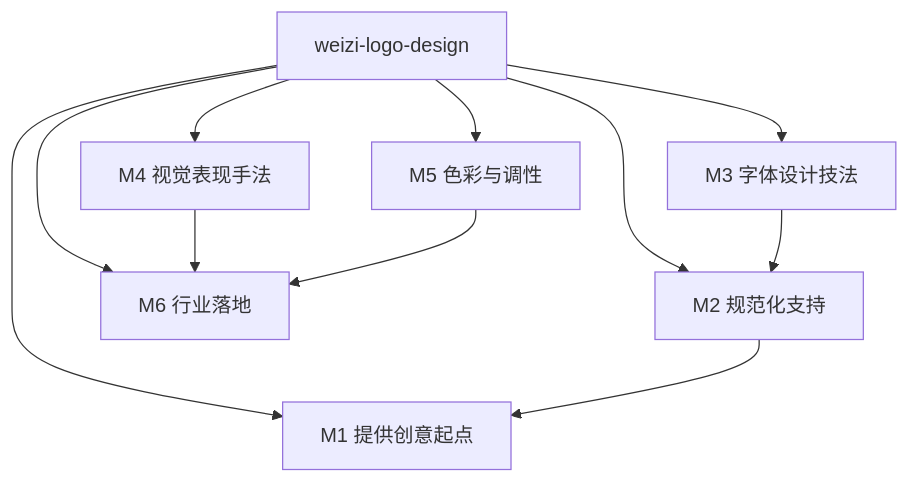
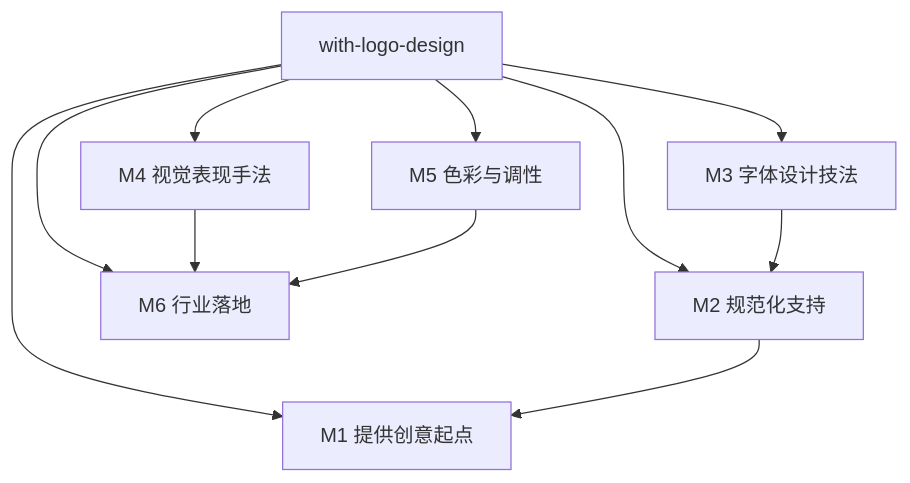
One commit to ZhangJing-gugugaga/with-logo-design changed the diagram in docs/INDEX.md. Above: the diagram before and after it, drawn with Mermaid. The commit also changed other lines of this file and 11 other files, not shown here.

First line of the commit message:
refactor: 统一仓库与 skill 名为 with-logo-design，去除'提炼流程'表述歧义

````diff
--- a/docs/INDEX.md
+++ b/docs/INDEX.md
@@ -13,14 +13,14 @@
 ```mermaid
 graph TD
-    W[weizi-logo-design]
+    W[with-logo-design]
     W --> M1[M1 创意构建思维]
     W --> M2[M2 图形构造手法]
     W --> M3[M3 字体设计技法]
     W --> M4[M4 视觉表现手法]
     W --> M5[M5 色彩与调性]
     W --> M6[M6 商业落地]
     M2 --> M1[M1 提供创意起点]
     M3 --> M2[M2 规范化支持]
     M4 --> M6[M6 记忆点/平衡]
     M5 --> M6[M6 行业落地]
 ```
````
